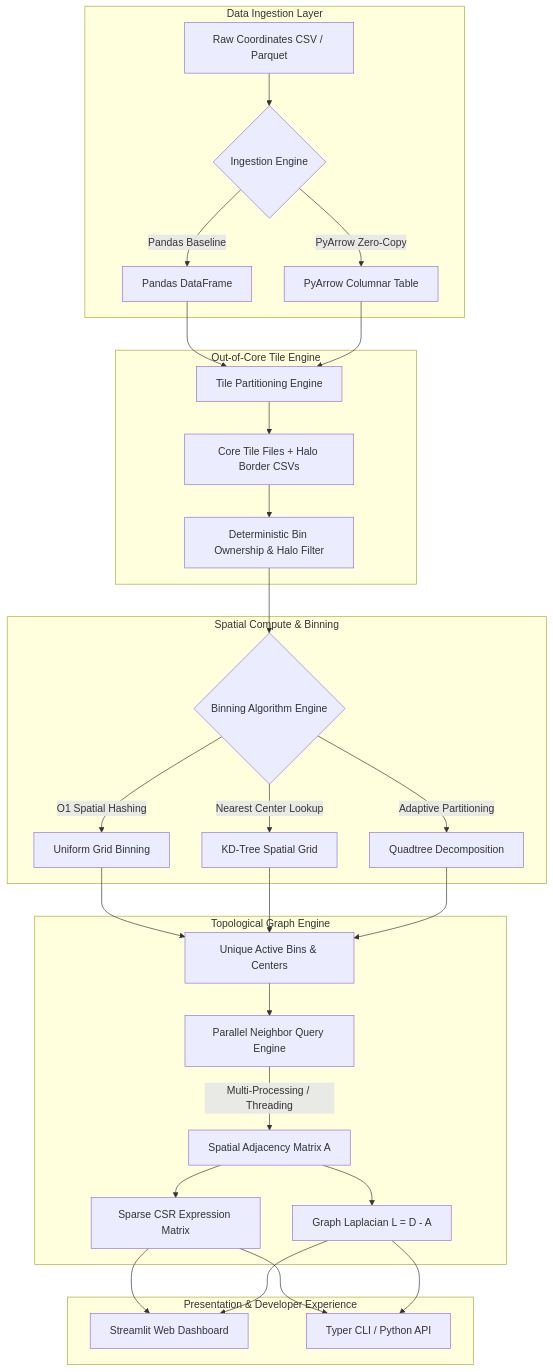
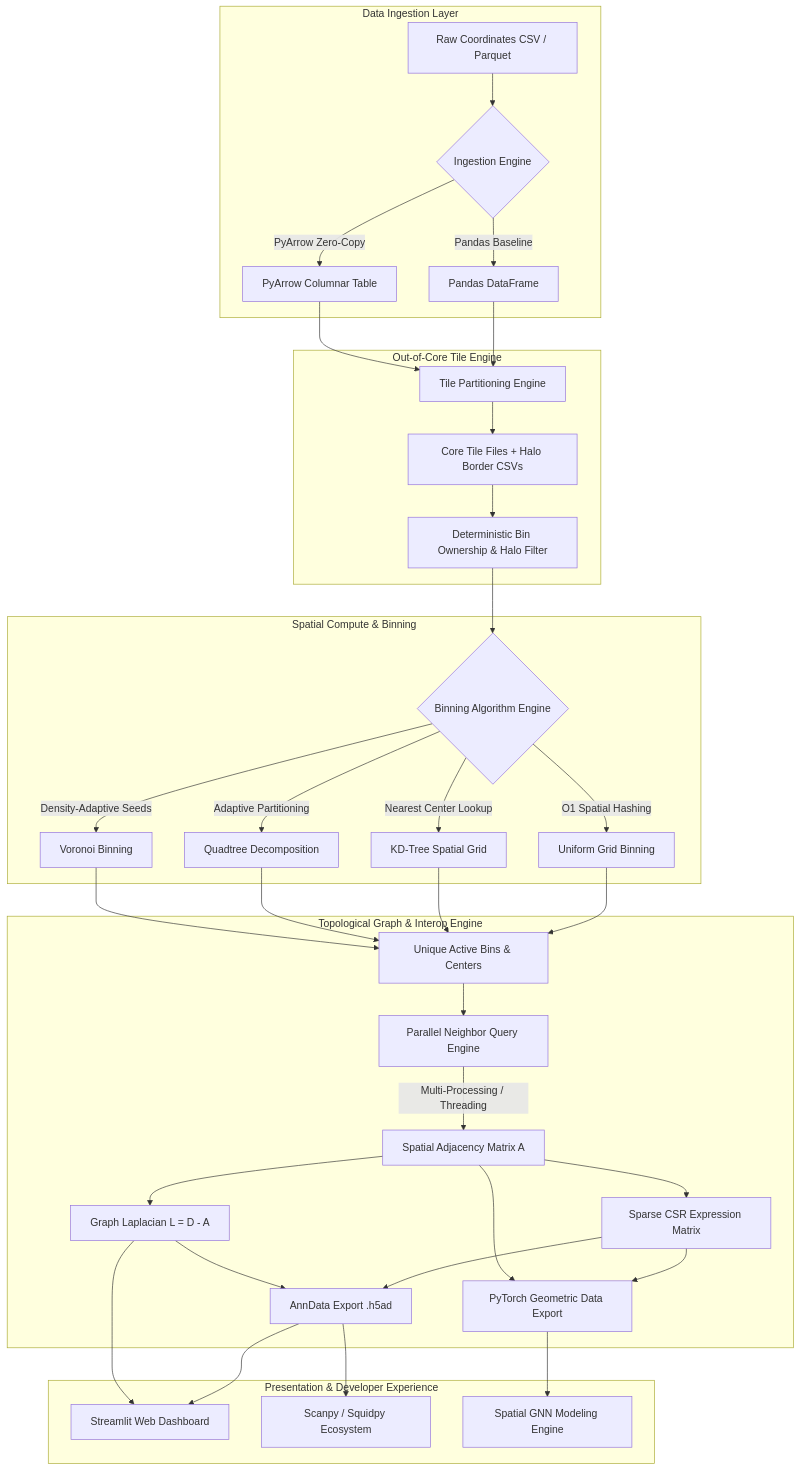
Before and after one commit to GIlbertoRCP/spatial_pipeline: the diagram in README.MD, drawn with Mermaid. The commit also changed other lines of this file and 22 other files, not shown here.

````diff
--- a/README.MD
+++ b/README.MD
@@ -24,39 +27,45 @@
 ```mermaid
 flowchart TD
     subgraph Data Ingestion Layer
         A[Raw Coordinates CSV / Parquet] --> B{Ingestion Engine}
         B -->|Pandas Baseline| C[Pandas DataFrame]
         B -->|PyArrow Zero-Copy| D[PyArrow Columnar Table]
     end
 
     subgraph Out-of-Core Tile Engine
         C --> E[Tile Partitioning Engine]
         D --> E
         E --> F[Core Tile Files + Halo Border CSVs]
         F --> G[Deterministic Bin Ownership & Halo Filter]
     end
 
     subgraph Spatial Compute & Binning
         G --> H{Binning Algorithm Engine}
         H -->|O1 Spatial Hashing| I[Uniform Grid Binning]
         H -->|Nearest Center Lookup| J[KD-Tree Spatial Grid]
         H -->|Adaptive Partitioning| K[Quadtree Decomposition]
+        H -->|Density-Adaptive Seeds| V[Voronoi Binning]
     end
 
-    subgraph Topological Graph Engine
+    subgraph Topological Graph & Interop Engine
         I --> L[Unique Active Bins & Centers]
         J --> L
         K --> L
+        V --> L
         L --> M[Parallel Neighbor Query Engine]
         M -->|Multi-Processing / Threading| N[Spatial Adjacency Matrix A]
         N --> O[Graph Laplacian L = D - A]
         N --> P[Sparse CSR Expression Matrix]
+        P --> AD[AnnData Export .h5ad]
+        O --> AD
+        P --> PYG[PyTorch Geometric Data Export]
+        N --> PYG
     end
 
     subgraph Presentation & Developer Experience
-        P --> Q[Streamlit Web Dashboard]
+        AD --> Q[Streamlit Web Dashboard]
         O --> Q
-        P --> R[Typer CLI / Python API]
-        O --> R
+        AD --> R[Scanpy / Squidpy Ecosystem]
+        PYG --> S[Spatial GNN Modeling Engine]
     end
 ```
````
